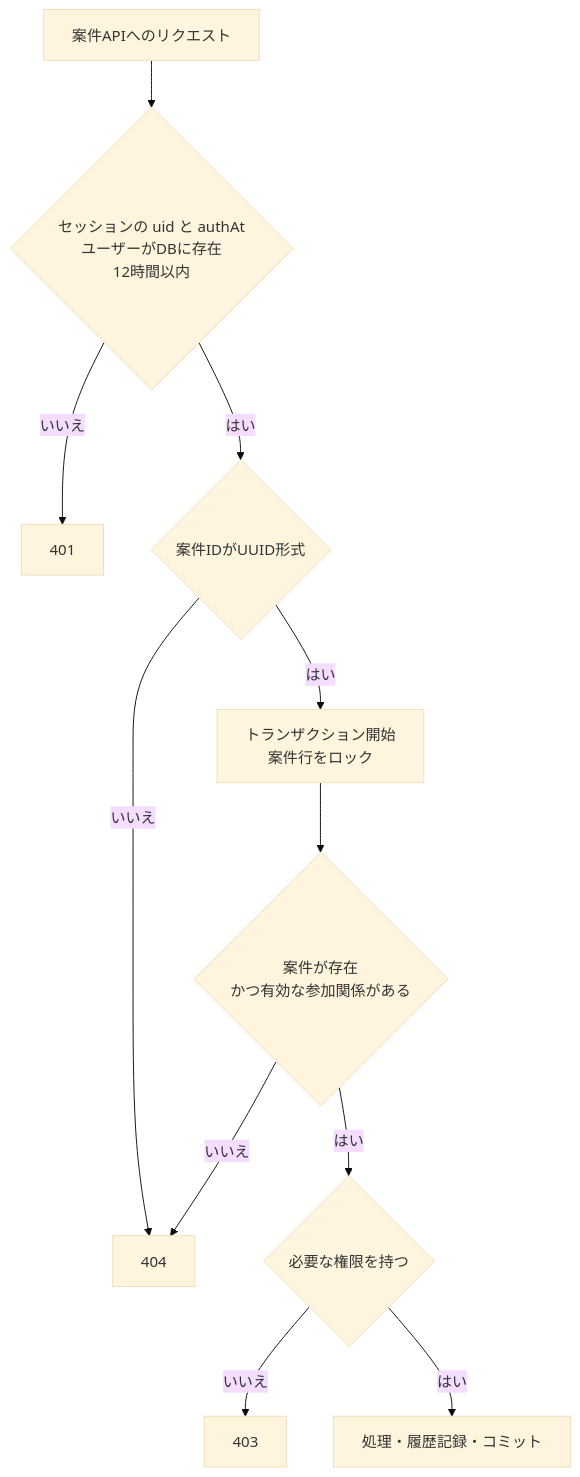
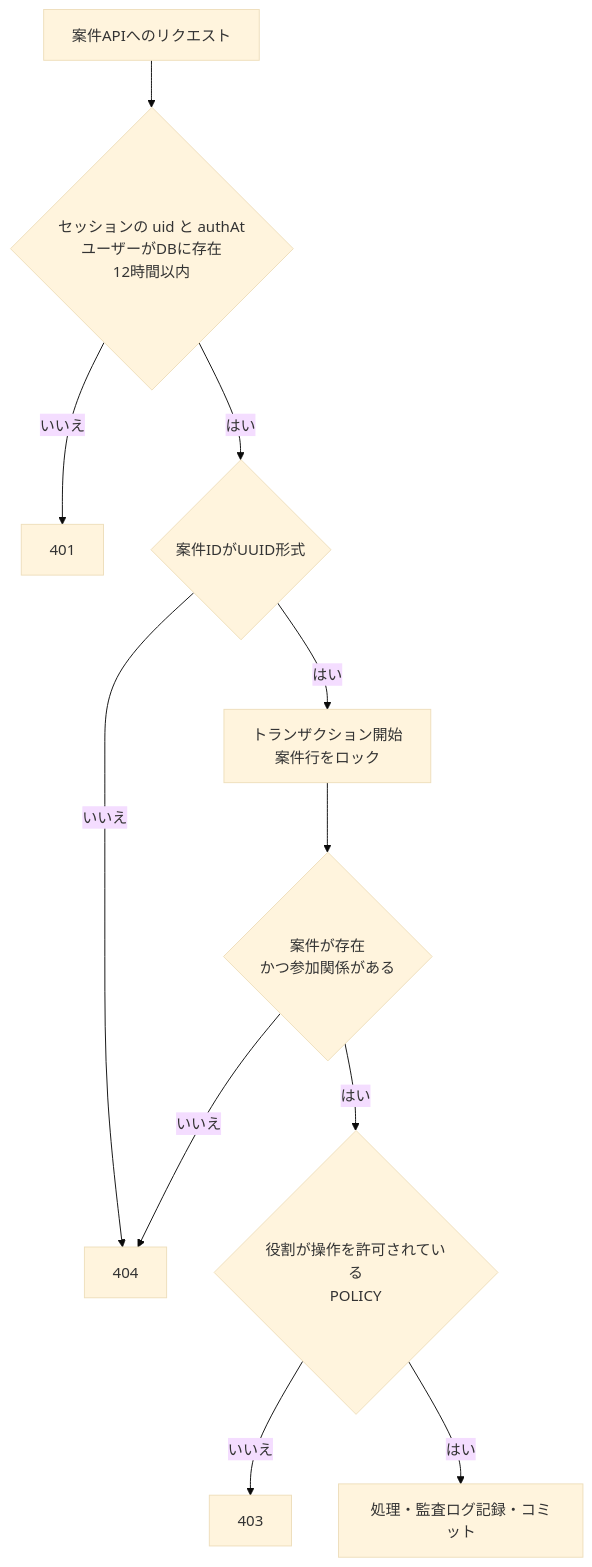
Before and after one commit to sendarionn/myid: the fourth of 4 diagrams in ARCHITECTURE.md, drawn with Mermaid (base theme). The commit also changed other lines of this file and 14 other files, not shown here.

````diff
--- a/ARCHITECTURE.md
+++ b/ARCHITECTURE.md
@@ -195,13 +195,13 @@
 ```mermaid
 flowchart TD
   R[案件APIへのリクエスト] --> A{セッションの uid と authAt<br>ユーザーがDBに存在<br>12時間以内}
   A -- いいえ --> U[401]
   A -- はい --> I{案件IDがUUID形式}
   I -- いいえ --> N[404]
   I -- はい --> L[トランザクション開始<br>案件行をロック]
-  L --> E{案件が存在<br>かつ有効な参加関係がある}
+  L --> E{案件が存在<br>かつ参加関係がある}
   E -- いいえ --> N
-  E -- はい --> P{必要な権限を持つ}
+  E -- はい --> P{役割が操作を許可されている<br>POLICY}
   P -- いいえ --> F[403]
-  P -- はい --> H[処理・履歴記録・コミット]
+  P -- はい --> H[処理・監査ログ記録・コミット]
 ```
````
